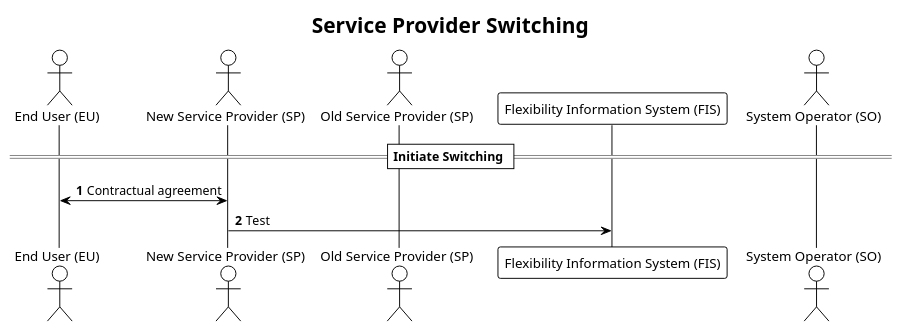
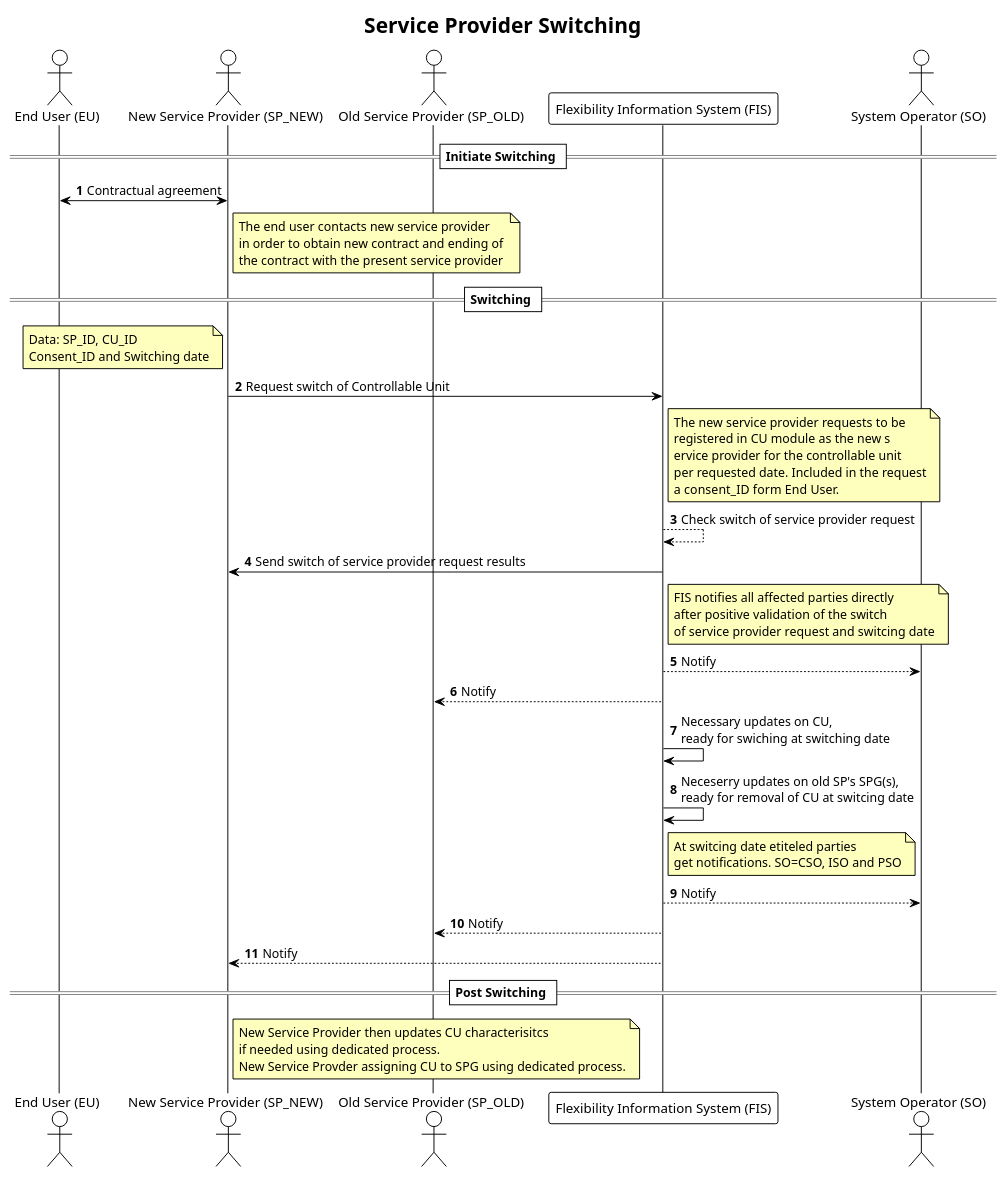
The diagram in docs/diagrams/service_provider_switching.plantuml (elhub/flex-information-system), drawn with PlantUML before and after one commit. The commit also changed 2 other files, not shown here.

Commit message:
FLEX-281 is updated with sequence and process.
At this stage I want to publish a first draft for Kim and I to discuss. If others have input, please do so.

```diff
--- a/docs/diagrams/service_provider_switching.plantuml
+++ b/docs/diagrams/service_provider_switching.plantuml
@@ -1,21 +1,67 @@
 @startuml service_provider_switching
 !theme plain
 
 title Service Provider Switching
 
 autonumber
 skinparam note {
     BackgroundColor #FFFFBD
 }
 
 actor "End User (EU)" AS EU
-actor "New Service Provider (SP)" as SP_NEW
-actor "Old Service Provider (SP)" as SP_OLD
+actor "New Service Provider (SP_NEW)" as SP_NEW
+actor "Old Service Provider (SP_OLD)" as SP_OLD
 participant "Flexibility Information System (FIS)" as FIS
 actor "System Operator (SO)" as SO
 
 == Initiate Switching ==
 
+
 EU <-> SP_NEW: Contractual agreement
-SP_NEW -> FIS: Test
+Note right SP_NEW
+    The end user contacts new service provider 
+    in order to obtain new contract and ending of 
+    the contract with the present service provider
+end note
+
+== Switching ==
+Note left SP_NEW
+    Data: SP_ID, CU_ID
+    Consent_ID and Switching date
+end note
+SP_NEW -> FIS: Request switch of Controllable Unit 
+Note right FIS
+    The new service provider requests to be 
+    registered in CU module as the new s
+    ervice provider for the controllable unit 
+    per requested date. Included in the request
+    a consent_ID form End User.
+end note
+
+FIS --> FIS: Check switch of service provider request
+FIS -> SP_NEW: Send switch of service provider request results
+Note right FIS
+    FIS notifies all affected parties directly
+    after positive validation of the switch
+    of service provider request and switcing date
+end note
+FIS --> SO: Notify
+FIS --> SP_OLD: Notify
+FIS -> FIS: Necessary updates on CU, \nready for swiching at switching date
+FIS -> FIS: Neceserry updates on old SP's SPG(s), \nready for removal of CU at switcing date
+
+Note right FIS
+    At switcing date etiteled parties
+    get notifications. SO=CSO, ISO and PSO
+end note
+FIS --> SO: Notify
+FIS --> SP_OLD: Notify
+FIS --> SP_NEW: Notify
+== Post Switching ==
+Note right SP_NEW
+    New Service Provider then updates CU characterisitcs
+    if needed using dedicated process.
+    New Service Provder assigning CU to SPG using dedicated process.
+end note
+
 @enduml
```
